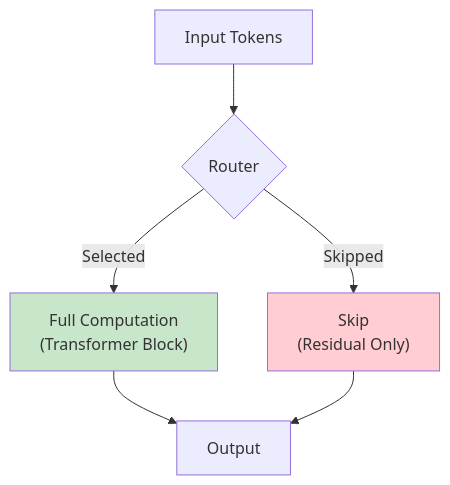
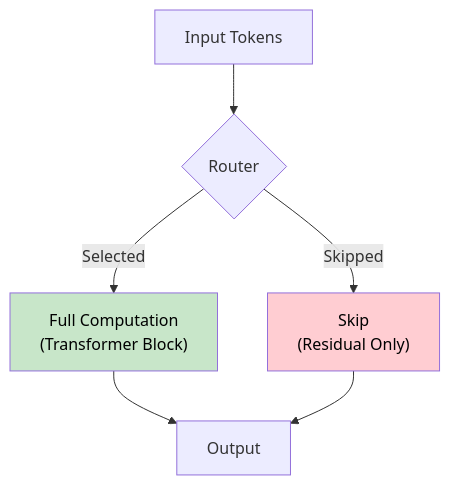
The first of 4 diagrams in content/generative-ai/2-genai-research/4_genai_optimization.md (gel/gel.github.io), drawn with Mermaid before and after one commit. The commit also changed other lines of this file and 9 other files, not shown here.

Commit message:
feat: Add 'Ralph Wiggum Loop' trick and enhance Mermaid diagram rendering for improved theme compatibility.

````diff
--- a/content/generative-ai/2-genai-research/4_genai_optimization.md
+++ b/content/generative-ai/2-genai-research/4_genai_optimization.md
@@ -10,11 +10,11 @@
 ```mermaid
 flowchart TD
     Input[Input Tokens] --> Router{Router}
     Router --> |Selected| Compute["Full Computation\n(Transformer Block)"]
     Router --> |Skipped| Skip["Skip\n(Residual Only)"]
     Compute --> Output[Output]
     Skip --> Output
 
-    style Skip fill:#ffcdd2
-    style Compute fill:#c8e6c9
+    style Skip fill:#ffcdd2,color:#000
+    style Compute fill:#c8e6c9,color:#000
 ```
````
